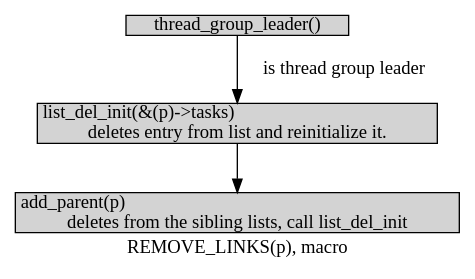
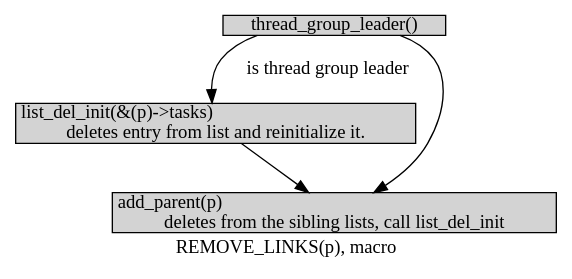
One commit to BGCX261/zone-source-git changed the diagram in ulk3_REMOVE_LINKS.dot. Above: the diagram before and after it, drawn with Graphviz. The commit also changed 72 other files, not shown here.

```diff
--- a/ulk3_REMOVE_LINKS.dot
+++ b/ulk3_REMOVE_LINKS.dot
@@ -1,15 +1,15 @@
 digraph list_REMOVE_LINKS{
         label="REMOVE_LINKS(p), macro";
         size="10,18";
         ratio=filled;
         
 	node[style=filled, shape = box, margin="0.05,0.005",height="0.1",width="0.1"];
 
 	thread_group_leader[label="thread_group_leader()"];
 	list_del_init[label="list_del_init(&(p)->tasks)\ldeletes entry from list and reinitialize it."];
 	remove_parent[label="add_parent(p)\ldeletes from the sibling lists, call list_del_init"];
 
 	thread_group_leader -> list_del_init[label="is thread group leader"];
 	list_del_init -> remove_parent;
-	
+	thread_group_leader -> remove_parent;
 }
```
